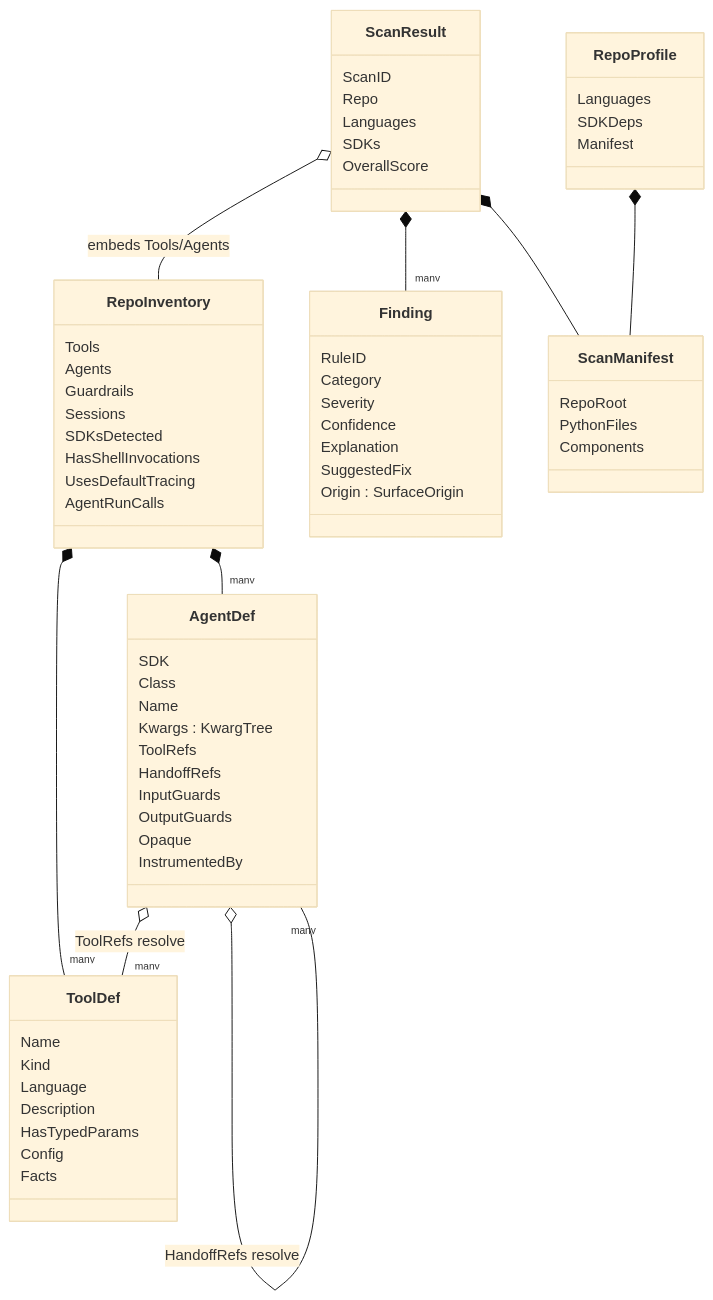
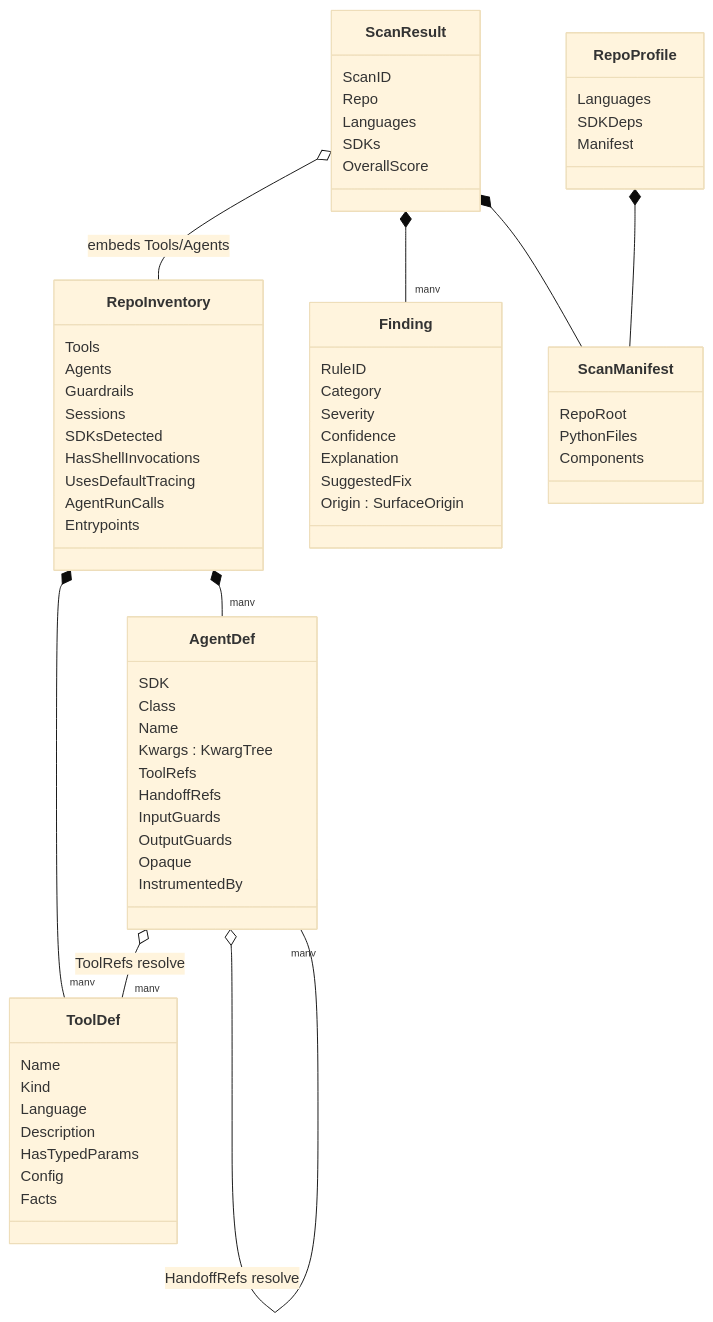
One commit to trustabl/agent-reliability-analyzer changed the third of 4 diagrams in ARCHITECTURE.md. Above: the diagram before and after it, drawn with Mermaid (base theme). The commit also changed other lines of this file and 9 other files, not shown here.

````diff
--- a/ARCHITECTURE.md
+++ b/ARCHITECTURE.md
@@ -1540,69 +1558,70 @@
 ```mermaid
 classDiagram
     class ScanResult {
         ScanID
         Repo
         Languages
         SDKs
         OverallScore
     }
     class RepoProfile {
         Languages
         SDKDeps
         Manifest
     }
     class RepoInventory {
         Tools
         Agents
         Guardrails
         Sessions
         SDKsDetected
         HasShellInvocations
         UsesDefaultTracing
         AgentRunCalls
+        Entrypoints
     }
     class ToolDef {
         Name
         Kind
         Language
         Description
         HasTypedParams
         Config
         Facts
     }
     class AgentDef {
         SDK
         Class
         Name
         Kwargs : KwargTree
         ToolRefs
         HandoffRefs
         InputGuards
         OutputGuards
         Opaque
         InstrumentedBy
     }
     class Finding {
         RuleID
         Category
         Severity
         Confidence
         Explanation
         SuggestedFix
         Origin : SurfaceOrigin
     }
     class ScanManifest {
         RepoRoot
         PythonFiles
         Components
     }
 
     ScanResult o-- RepoInventory : embeds Tools/Agents
     ScanResult *-- "many" Finding
     ScanResult *-- ScanManifest
     RepoProfile *-- ScanManifest
     RepoInventory *-- "many" ToolDef
     RepoInventory *-- "many" AgentDef
     AgentDef o-- "many" ToolDef : ToolRefs resolve
     AgentDef o-- "many" AgentDef : HandoffRefs resolve
 ```
````
